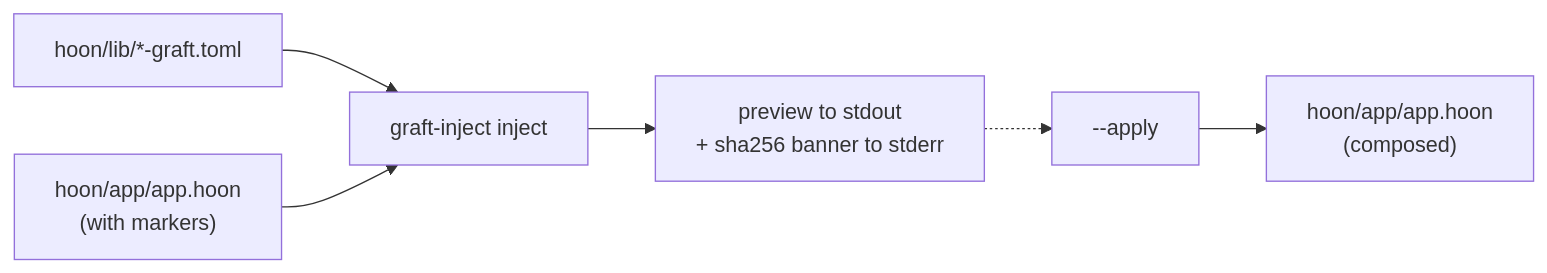
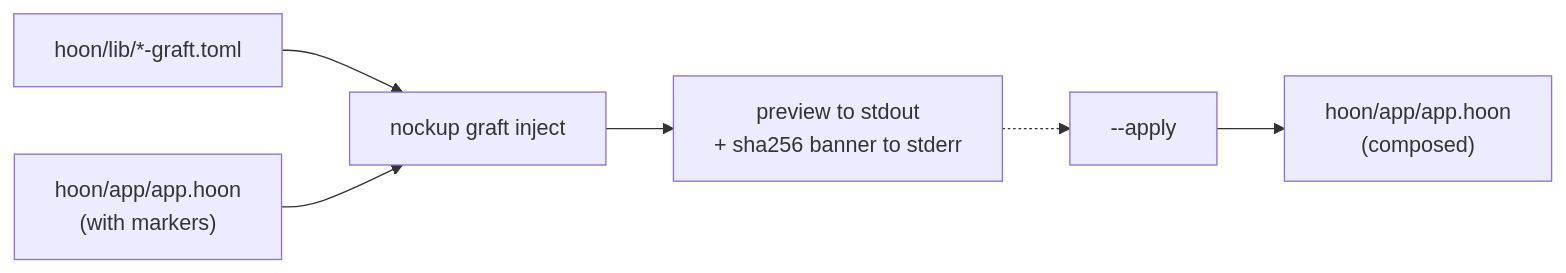
The diagram in docs/build/inject.md (zkvesl/docs), drawn with Mermaid before and after one commit. The commit also changed other lines of this file and 16 other files, not shown here.

First line of the commit message:
docs: rebrand to nockup graft; expand kernel page Hoon orientation

````diff
--- a/docs/build/inject.md
+++ b/docs/build/inject.md
@@ -11,14 +11,14 @@
 ```mermaid
 flowchart LR
     manifests["hoon/lib/*-graft.toml"]
     appin["hoon/app/app.hoon<br/>(with markers)"]
-    composer["graft-inject inject"]
+    composer["nockup graft inject"]
     stdout["preview to stdout<br/>+ sha256 banner to stderr"]
     apply["--apply"]
     appout["hoon/app/app.hoon<br/>(composed)"]
     manifests --> composer
     appin --> composer
     composer --> stdout
     stdout -.-> apply
     apply --> appout
 ```
````
